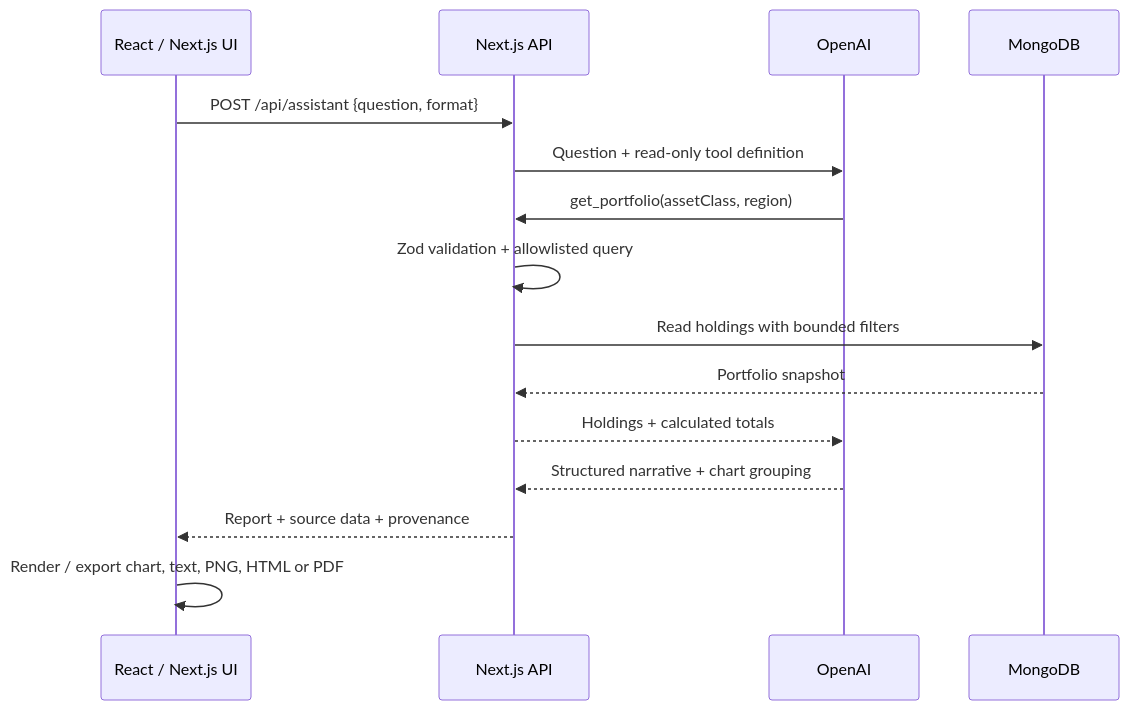
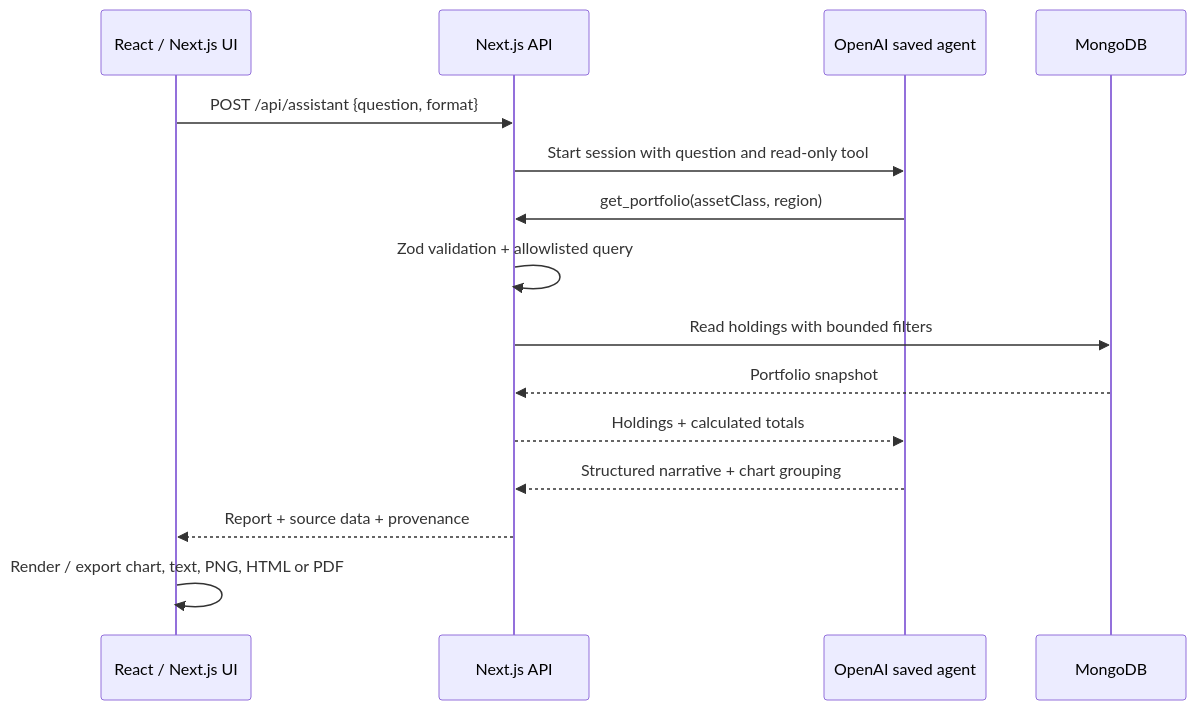
The diagram in README.md (Zensar-UI-EXP/WS), drawn with Mermaid before and after one commit. The commit also changed other lines of this file and 8 other files, not shown here.

````diff
--- a/README.md
+++ b/README.md
@@ -49,17 +51,17 @@
 ```mermaid
 sequenceDiagram
     participant UI as React / Next.js UI
     participant API as Next.js API
-    participant LLM as OpenAI
+    participant Agent as OpenAI saved agent
     participant DB as MongoDB
     UI->>API: POST /api/assistant {question, format}
-    API->>LLM: Question + read-only tool definition
-    LLM->>API: get_portfolio(assetClass, region)
+    API->>Agent: Start session with question and read-only tool
+    Agent->>API: get_portfolio(assetClass, region)
     API->>API: Zod validation + allowlisted query
     API->>DB: Read holdings with bounded filters
     DB-->>API: Portfolio snapshot
-    API-->>LLM: Holdings + calculated totals
-    LLM-->>API: Structured narrative + chart grouping
+    API-->>Agent: Holdings + calculated totals
+    Agent-->>API: Structured narrative + chart grouping
     API-->>UI: Report + source data + provenance
     UI->>UI: Render / export chart, text, PNG, HTML or PDF
 ```
````
